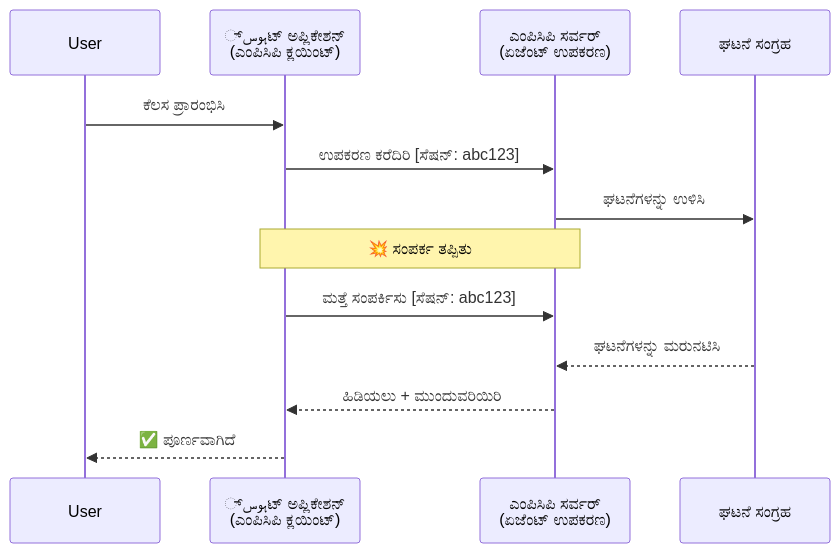
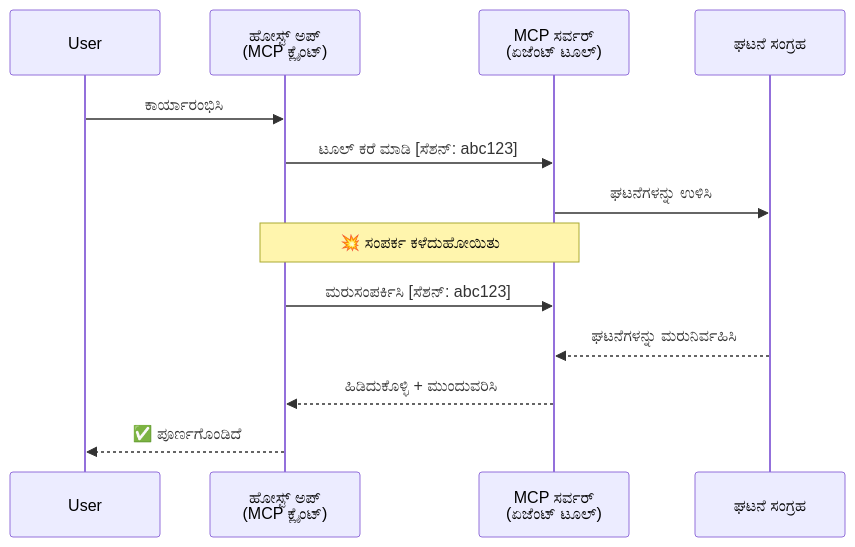
Before and after one commit to gabrielmoreira/agent-skills-mirror: the second of 5 diagrams in mirrors/repos/microsoft@ai-agents-for-beginners/translations/kn/11-agentic-protocols/code_samples/mcp-agents/README.md, drawn with Mermaid. The commit also changed other lines of this file and 4262 other files, not shown here.

````diff
--- a/mirrors/repos/microsoft@ai-agents-for-beginners/translations/kn/11-agentic-protocols/code_samples/mcp-agents/README.md
+++ b/mirrors/repos/microsoft@ai-agents-for-beginners/translations/kn/11-agentic-protocols/code_samples/mcp-agents/README.md
@@ -82,18 +82,18 @@
 ```mermaid
 sequenceDiagram
     participant User
-    participant Host as ہوس್ಟ್ ಅಪ್ಲಿಕೇಶನ್<br/>(ಎಂಪಿಸಿಪಿ ಕ್ಲಯಿಂಟ್)
-    participant Server as ಎಂಪಿಸಿಪಿ ಸರ್ವರ್<br/>(ಏಜೆಂಟ್ ಉಪಕರಣ)
+    participant Host as ಹೋಸ್ಟ್ ಅಪ್<br/>(MCP ಕ್ಲೈಂಟ್)
+    participant Server as MCP ಸರ್ವರ್<br/>(ಏಜೆಂಟ್ ಟೂಲ್)
     participant Store as ಘಟನೆ ಸಂಗ್ರಹ
 
-    User->>Host: ಕೆಲಸ ಪ್ರಾರಂಭಿಸಿ
-    Host->>Server: ಉಪಕರಣ ಕರೆದಿರಿ [ಸೆಷನ್: abc123]
+    User->>Host: ಕಾರ್ಯಾರಂಭಿಸಿ
+    Host->>Server: ಟೂಲ್ ಕರೆ ಮಾಡಿ [ಸೆಶನ್: abc123]
     Server->>Store: ಘಟನೆಗಳನ್ನು ಉಳಿಸಿ
 
-    Note over Host,Server: 💥 ಸಂಪರ್ಕ ತಪ್ಪಿತು
+    Note over Host,Server: 💥 ಸಂಪರ್ಕ ಕಳೆದುಹೋಯಿತು
 
-    Host->>Server: ಮತ್ತೆ ಸಂಪರ್ಕಿಸು [ಸೆಷನ್: abc123]
-    Store-->>Server: ಘಟನೆಗಳನ್ನು ಮರುನಟಿಸಿ
-    Server-->>Host: ಹಿಡಿಯಲು + ಮುಂದುವರಿಯಿರಿ
-    Host-->>User: ✅ ಪೂರ್ಣವಾಗಿದೆ
+    Host->>Server: ಮರುಸಂಪರ್ಕಿಸಿ [ಸೆಶನ್: abc123]
+    Store-->>Server: ಘಟನೆಗಳನ್ನು ಮರುನಿರ್ವಹಿಸಿ
+    Server-->>Host: ಹಿಡಿದುಕೊಳ್ಳಿ + ಮುಂದುವರಿಸಿ
+    Host-->>User: ✅ ಪೂರ್ಣಗೊಂಡಿದೆ
 ```
````
